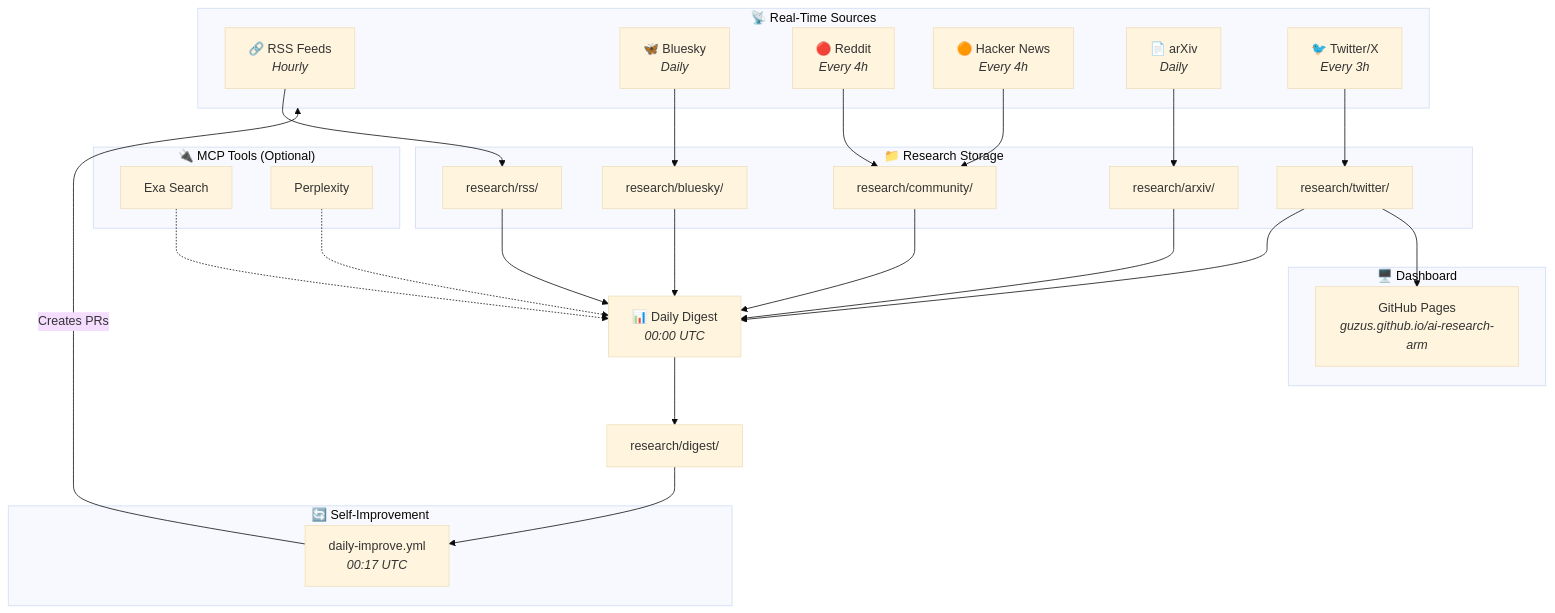
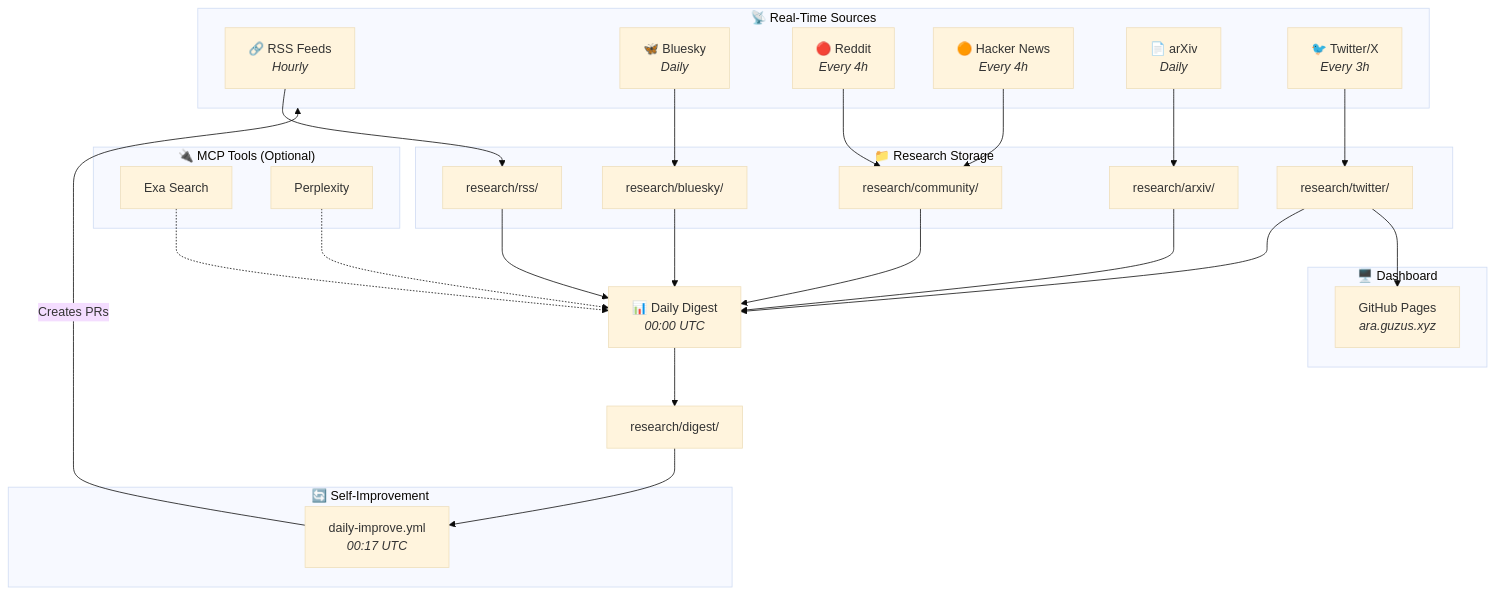
One commit to guzus/ai-research-arm changed the first of 2 diagrams in README.md. Above: the diagram before and after it, drawn with Mermaid (base theme). The commit also changed other lines of this file, not shown here.

Commit message:
Update dashboard URL to ara.guzus.xyz in README

````diff
--- a/README.md
+++ b/README.md
@@ -15,56 +15,56 @@
 ```mermaid
 flowchart TB
     subgraph sources["📡 Real-Time Sources"]
         RSS["🔗 RSS Feeds<br/><i>Hourly</i>"]
         Bluesky["🦋 Bluesky<br/><i>Daily</i>"]
         Reddit["🔴 Reddit<br/><i>Every 4h</i>"]
         HN["🟠 Hacker News<br/><i>Every 4h</i>"]
         arXiv["📄 arXiv<br/><i>Daily</i>"]
         Twitter["🐦 Twitter/X<br/><i>Every 3h</i>"]
     end
 
     subgraph mcp["🔌 MCP Tools (Optional)"]
         Exa["Exa Search"]
         Perplexity["Perplexity"]
     end
 
     subgraph storage["📁 Research Storage"]
         rss_out["research/rss/"]
         bluesky_out["research/bluesky/"]
         community_out["research/community/"]
         arxiv_out["research/arxiv/"]
         twitter_out["research/twitter/"]
     end
 
     RSS --> rss_out
     Bluesky --> bluesky_out
     Reddit --> community_out
     HN --> community_out
     arXiv --> arxiv_out
     Twitter --> twitter_out
 
     rss_out --> Digest
     bluesky_out --> Digest
     community_out --> Digest
     arxiv_out --> Digest
     twitter_out --> Digest
 
     Exa -.-> Digest
     Perplexity -.-> Digest
 
     Digest["📊 Daily Digest<br/><i>00:00 UTC</i>"]
     Digest --> digest_out["research/digest/"]
 
     subgraph improve["🔄 Self-Improvement"]
         Improve["daily-improve.yml<br/><i>00:17 UTC</i>"]
     end
 
     digest_out --> Improve
     Improve -->|"Creates PRs"| sources
 
     subgraph dashboard["🖥️ Dashboard"]
-        Pages["GitHub Pages<br/><i>guzus.github.io/ai-research-arm</i>"]
+        Pages["GitHub Pages<br/><i>ara.guzus.xyz</i>"]
     end
 
     twitter_out --> Pages
 ```
````
